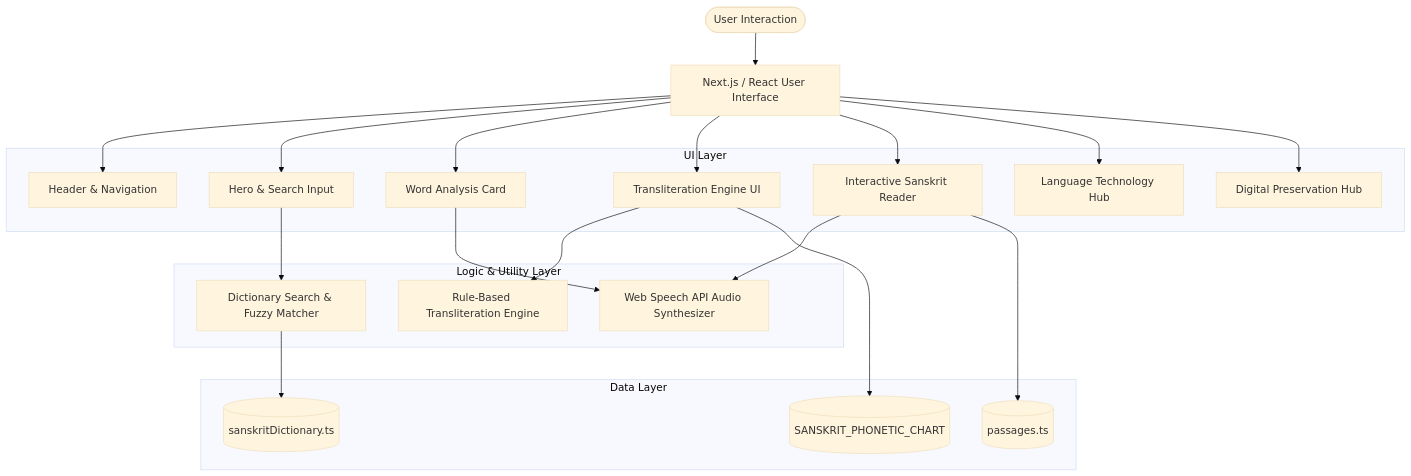
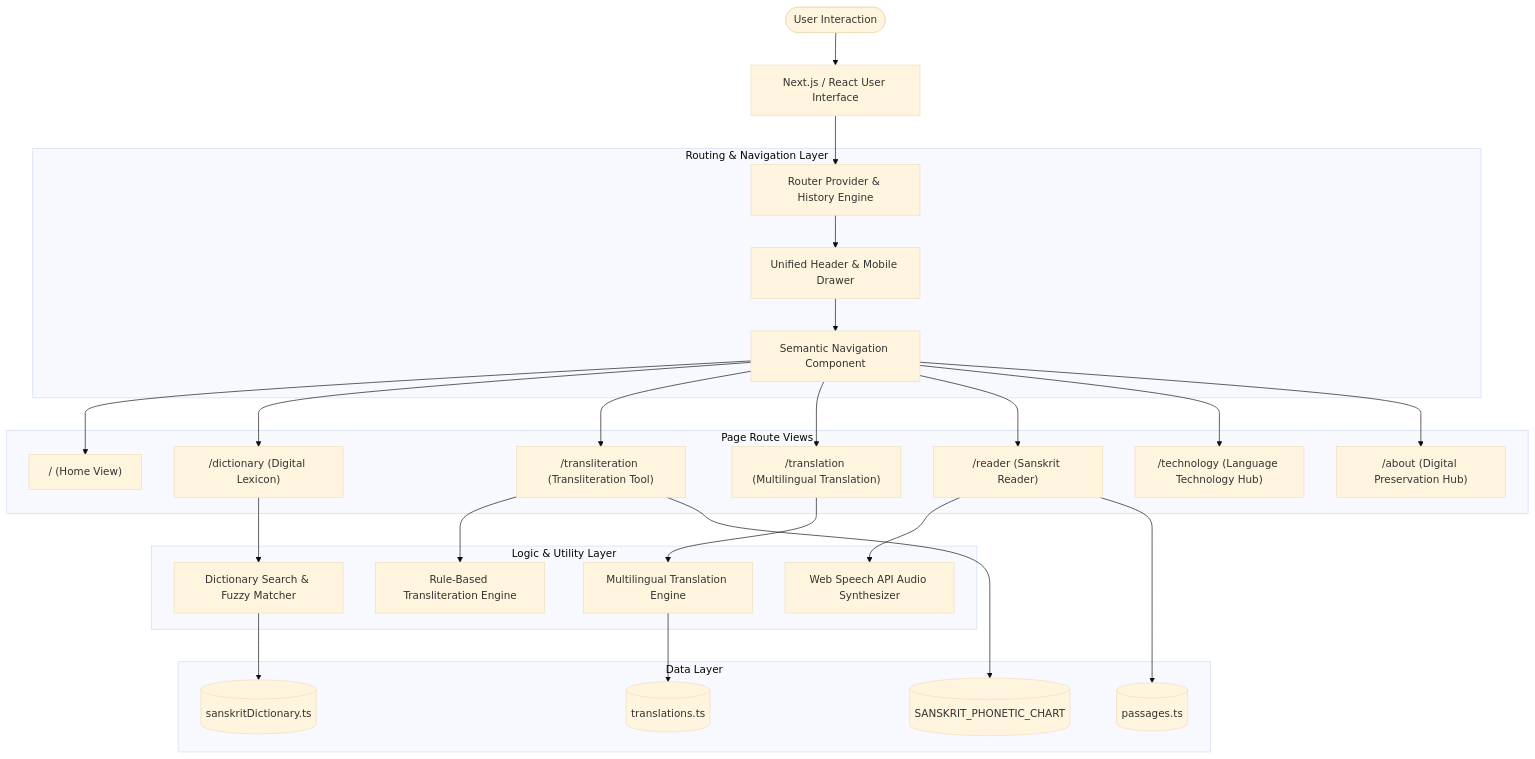
The diagram in docs/ARCHITECTURE.md (Bhandekunal16/Sanskrit-Digital-Reader), drawn with Mermaid (base theme) before and after one commit. The commit also changed other lines of this file and 5 other files, not shown here.

First line of the commit message:
feat(router): implement client-side router and navigation

````diff
--- a/docs/ARCHITECTURE.md
+++ b/docs/ARCHITECTURE.md
@@ -9,43 +9,56 @@
 ```mermaid
 graph TD
     User([User Interaction]) --> UI[Next.js / React User Interface]
     
-    subgraph UI Layer
-        Header[Header & Navigation]
-        Hero[Hero & Search Input]
-        WordCard[Word Analysis Card]
-        TransTool[Transliteration Engine UI]
-        PassageReader[Interactive Sanskrit Reader]
-        TechSection[Language Technology Hub]
-        PreservationSection[Digital Preservation Hub]
+    subgraph Routing & Navigation Layer
+        Router[Router Provider & History Engine]
+        Header[Unified Header & Mobile Drawer]
+        Nav[Semantic Navigation Component]
     end
     
-    UI --> Header
-    UI --> Hero
-    UI --> WordCard
-    UI --> TransTool
-    UI --> PassageReader
-    UI --> TechSection
-    UI --> PreservationSection
+    UI --> Router
+    Router --> Header
+    Header --> Nav
+    
+    subgraph Page Route Views
+        HomeRoute["/ (Home View)"]
+        DictRoute["/dictionary (Digital Lexicon)"]
+        TranslitRoute["/transliteration (Transliteration Tool)"]
+        TransRoute["/translation (Multilingual Translation)"]
+        ReaderRoute["/reader (Sanskrit Reader)"]
+        TechRoute["/technology (Language Technology Hub)"]
+        AboutRoute["/about (Digital Preservation Hub)"]
+    end
+    
+    Nav --> HomeRoute
+    Nav --> DictRoute
+    Nav --> TranslitRoute
+    Nav --> TransRoute
+    Nav --> ReaderRoute
+    Nav --> TechRoute
+    Nav --> AboutRoute
     
     subgraph Logic & Utility Layer
         SearchEngine[Dictionary Search & Fuzzy Matcher]
         TransEngine[Rule-Based Transliteration Engine]
+        TranslationEngine[Multilingual Translation Engine]
         SpeechSynth[Web Speech API Audio Synthesizer]
     end
     
-    Hero --> SearchEngine
-    WordCard --> SpeechSynth
-    TransTool --> TransEngine
-    PassageReader --> SpeechSynth
+    DictRoute --> SearchEngine
+    TranslitRoute --> TransEngine
+    TransRoute --> TranslationEngine
+    ReaderRoute --> SpeechSynth
     
     subgraph Data Layer
         LexiconDB[(sanskritDictionary.ts)]
+        TranslationDB[(translations.ts)]
         PassageDB[(passages.ts)]
         PhoneticDB[(SANSKRIT_PHONETIC_CHART)]
     end
     
     SearchEngine --> LexiconDB
-    PassageReader --> PassageDB
-    TransTool --> PhoneticDB
+    TranslationEngine --> TranslationDB
+    ReaderRoute --> PassageDB
+    TranslitRoute --> PhoneticDB
 ```
````
